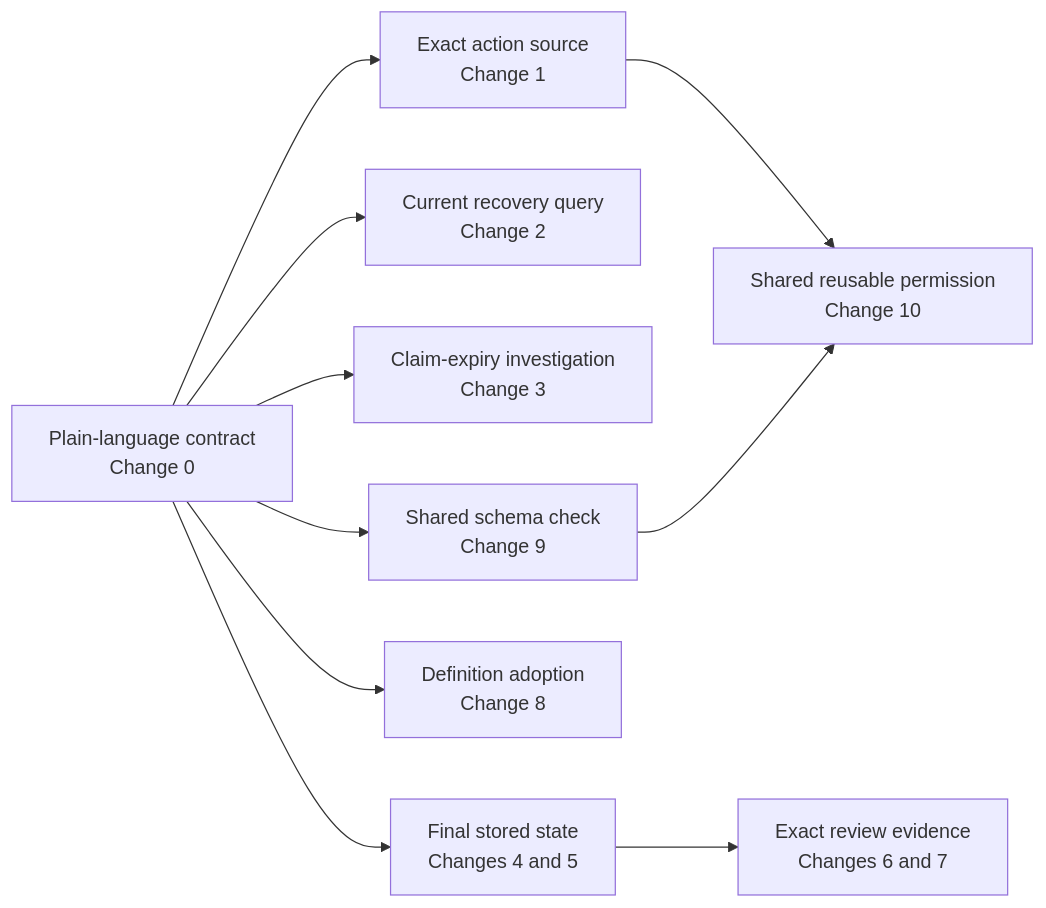
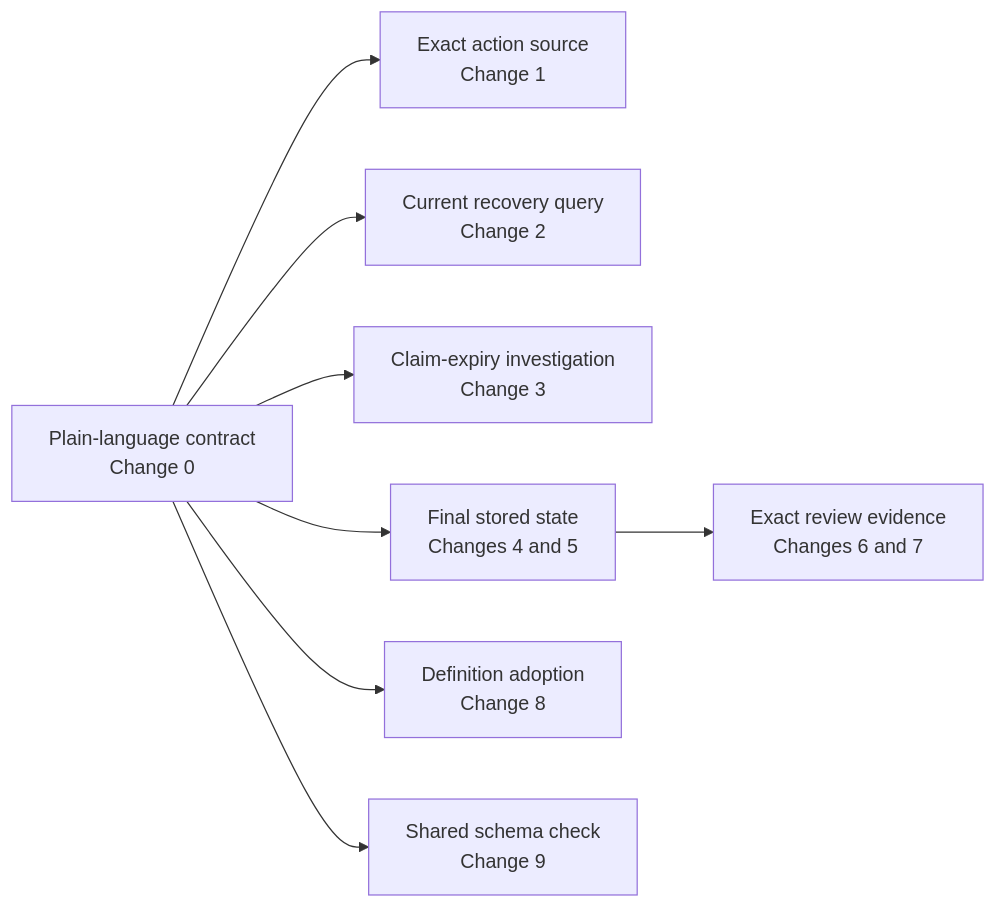
One commit to kpsuperplane/Noema changed the third of 26 diagrams in docs/superpowers/plans/2026-08-08-noema-practical-reliability-roadmap.md. Above: the diagram before and after it, drawn with Mermaid. The commit also changed other lines of this file, not shown here.

Commit message:
docs: ground reliability roadmap in current execution paths

````diff
--- a/docs/superpowers/plans/2026-08-08-noema-practical-reliability-roadmap.md
+++ b/docs/superpowers/plans/2026-08-08-noema-practical-reliability-roadmap.md
@@ -129,19 +133,18 @@
 ```mermaid
 flowchart LR
     L["Plain-language contract<br/>Change 0"]
     A["Exact action source<br/>Change 1"]
     Q["Current recovery query<br/>Change 2"]
     X["Claim-expiry investigation<br/>Change 3"]
     S["Final stored state<br/>Changes 4 and 5"]
     R["Exact review evidence<br/>Changes 6 and 7"]
     C["Definition adoption<br/>Change 8"]
     V["Shared schema check<br/>Change 9"]
-    P["Shared reusable permission<br/>Change 10"]
 
-    L --> A --> P
-    L --> V --> P
+    L --> A
+    L --> V
     L --> Q
     L --> X
     L --> S --> R
     L --> C
 ```
````
